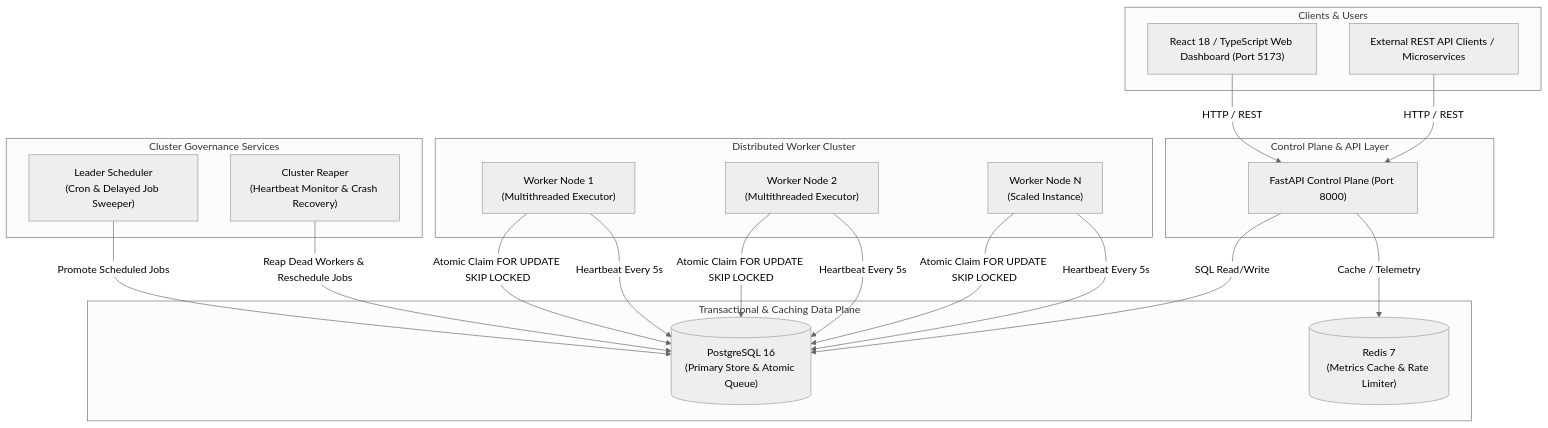
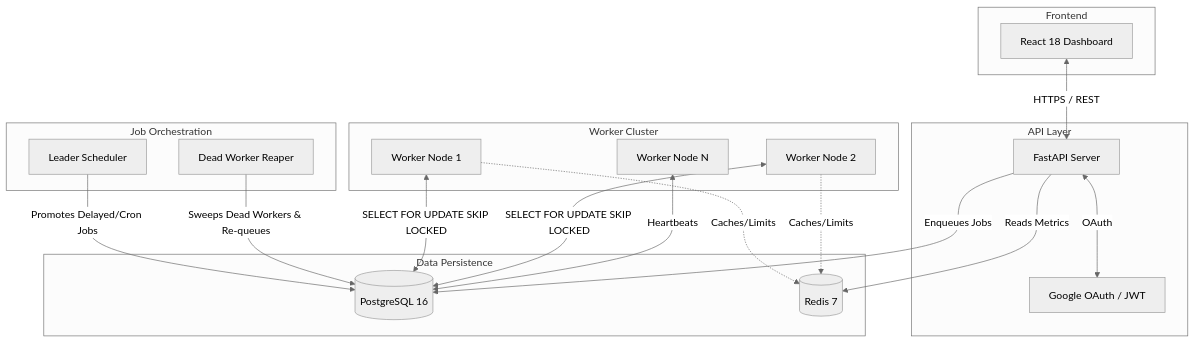
One commit to Ayush-AM/codity changed the second of 2 diagrams in docs/ARCHITECTURE.md. Above: the diagram before and after it, drawn with Mermaid (neutral theme). The commit also changed other lines of this file, not shown here.

Commit message:
docs: Add comprehensive system architecture and DB schema documentation

````diff
--- a/docs/ARCHITECTURE.md
+++ b/docs/ARCHITECTURE.md
@@ -17,43 +113,42 @@
 ```mermaid
-flowchart TB
-    subgraph Clients["Clients & Users"]
-        UI["React 18 / TypeScript Web Dashboard (Port 5173)"]
-        CLI["External REST API Clients / Microservices"]
+flowchart TD
+    subgraph Frontend
+        UI[React 18 Dashboard]
     end
 
-    subgraph ControlPlane["Control Plane & API Layer"]
-        API["FastAPI Control Plane (Port 8000)"]
+    subgraph API Layer
+        REST[FastAPI Server]
+        AUTH[Google OAuth / JWT]
     end
 
-    subgraph DataStore["Transactional & Caching Data Plane"]
-        PG[("PostgreSQL 16\n(Primary Store & Atomic Queue)")]
-        REDIS[("Redis 7\n(Metrics Cache & Rate Limiter)")]
+    subgraph Job Orchestration
+        SCHEDULER[Leader Scheduler]
+        REAPER[Dead Worker Reaper]
     end
 
-    subgraph ComputeNodes["Distributed Worker Cluster"]
-        W1["Worker Node 1\n(Multithreaded Executor)"]
-        W2["Worker Node 2\n(Multithreaded Executor)"]
-        WN["Worker Node N\n(Scaled Instance)"]
+    subgraph Worker Cluster
+        W1[Worker Node 1]
+        W2[Worker Node 2]
+        WN[Worker Node N]
     end
 
-    subgraph Governance["Cluster Governance Services"]
-        LEADER["Leader Scheduler\n(Cron & Delayed Job Sweeper)"]
-        REAPER["Cluster Reaper\n(Heartbeat Monitor & Crash Recovery)"]
+    subgraph Data Persistence
+        PG[(PostgreSQL 16)]
+        REDIS[(Redis 7)]
     end
 
-    UI -->|HTTP / REST| API
-    CLI -->|HTTP / REST| API
-    API -->|SQL Read/Write| PG
-    API -->|Cache / Telemetry| REDIS
-    
-    W1 -->|Atomic Claim FOR UPDATE SKIP LOCKED| PG
-    W2 -->|Atomic Claim FOR UPDATE SKIP LOCKED| PG
-    WN -->|Atomic Claim FOR UPDATE SKIP LOCKED| PG
-    
-    W1 -->|Heartbeat Every 5s| PG
-    W2 -->|Heartbeat Every 5s| PG
-    WN -->|Heartbeat Every 5s| PG
+    UI <--> |HTTPS / REST| REST
+    REST <--> |OAuth| AUTH
+    REST --> |Enqueues Jobs| PG
+    REST --> |Reads Metrics| REDIS
 
-    LEADER -->|Promote Scheduled Jobs| PG
-    REAPER -->|Reap Dead Workers & Reschedule Jobs| PG
+    SCHEDULER --> |Promotes Delayed/Cron Jobs| PG
+    REAPER --> |Sweeps Dead Workers & Re-queues| PG
+
+    W1 <--> |SELECT FOR UPDATE SKIP LOCKED| PG
+    W2 <--> |SELECT FOR UPDATE SKIP LOCKED| PG
+    WN <--> |Heartbeats| PG
+
+    W1 -.-> |Caches/Limits| REDIS
+    W2 -.-> |Caches/Limits| REDIS
 ```
````
